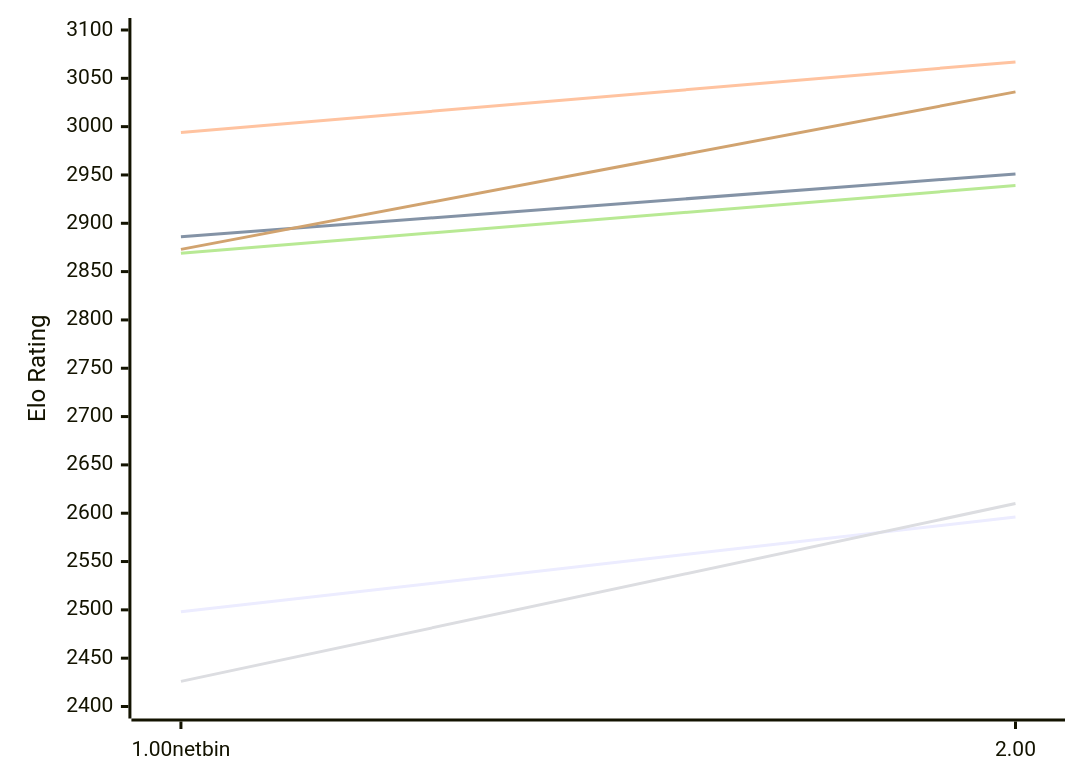
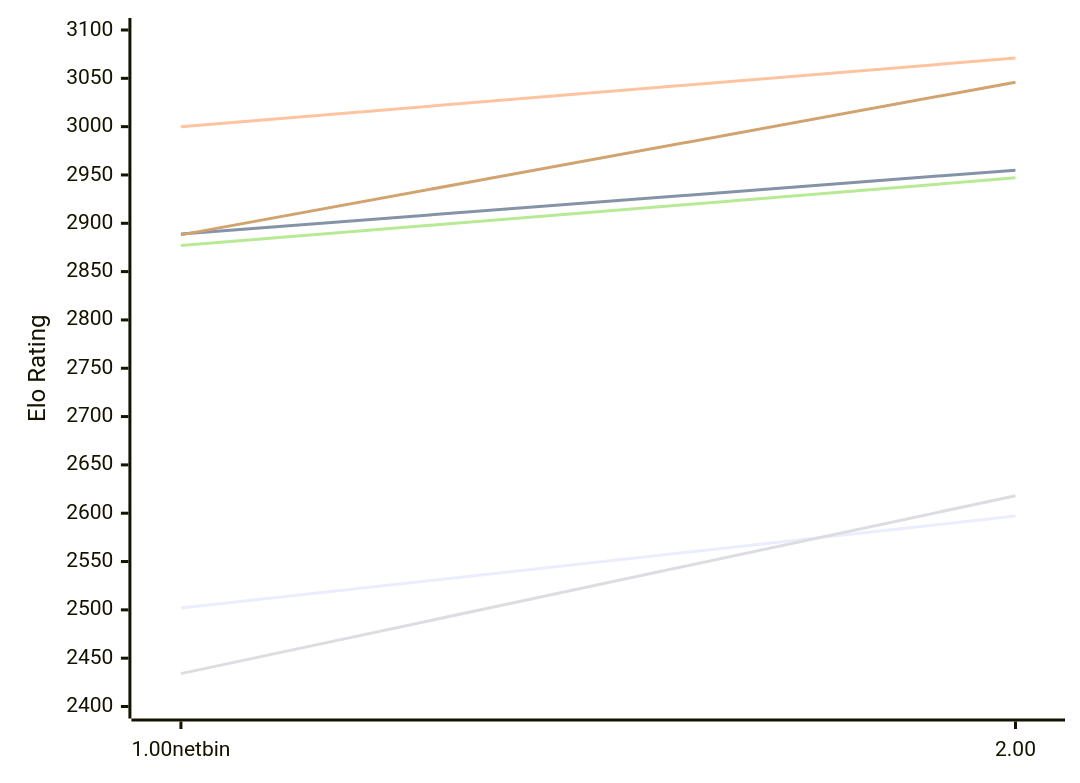
Before and after one commit to computer-chess-index/cci: the first of 2 diagrams in engines/Gilipol.md, drawn with Mermaid. The commit also changed other lines of this file, not shown here.

Commit message:
Update CCI Ratings (ELO VLTC) - 2026-11-25

````diff
--- a/engines/Gilipol.md
+++ b/engines/Gilipol.md
@@ -51,12 +51,12 @@
 ```mermaid
 %%{init: {"theme":"base","themeVariables":{"seriesColors:['#a3a3a3','#222221','#faa371']}}}%%
 xychart-beta
   x-axis ["1.00netbin", "2.00"]
   y-axis "Elo Rating" 2400 --> 3100
-  line "E1: STC (8.0+0.08s)" [2498, 2596]
-  line "E1: LTC (60.0+0.60s)" [2886, 2951]
-  line "E1: VLTC (2m24s+1.12s)" [2994, 3067]
-  line "P1: STC (8.0+0.08s)" [2426, 2610]
-  line "P1: LTC (60.0+0.60s)" [2869, 2939]
-  line "P1: VLTC (2m24s+1.12s)" [2873, 3036]
+  line "E1: STC (8.0+0.08s)" [2502, 2597]
+  line "E1: LTC (60.0+0.60s)" [2889, 2955]
+  line "E1: VLTC (2m24s+1.12s)" [3000, 3071]
+  line "P1: STC (8.0+0.08s)" [2434, 2618]
+  line "P1: LTC (60.0+0.60s)" [2877, 2947]
+  line "P1: VLTC (2m24s+1.12s)" [2888, 3046]
 ```
````
